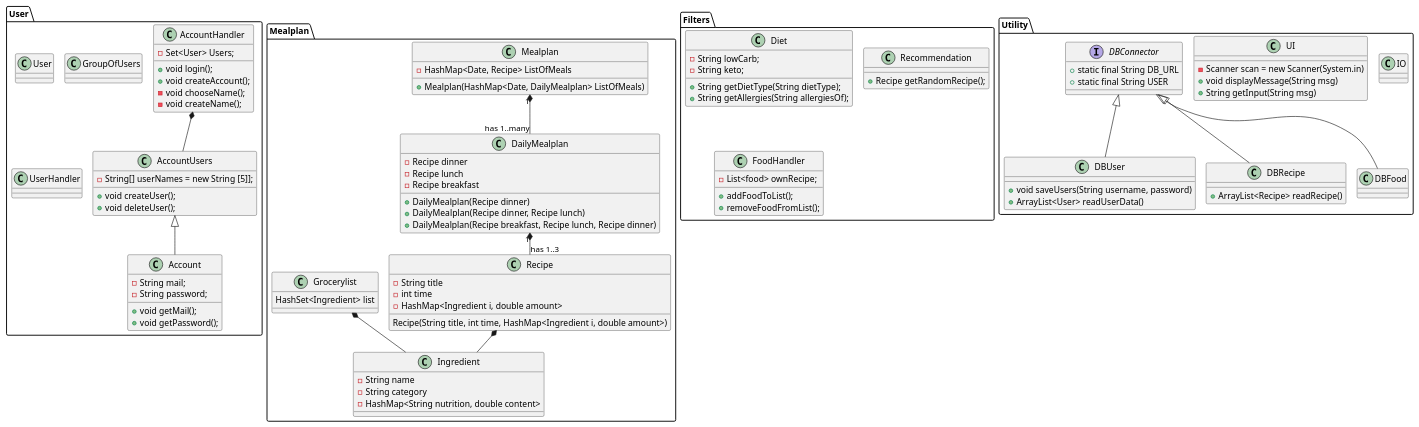
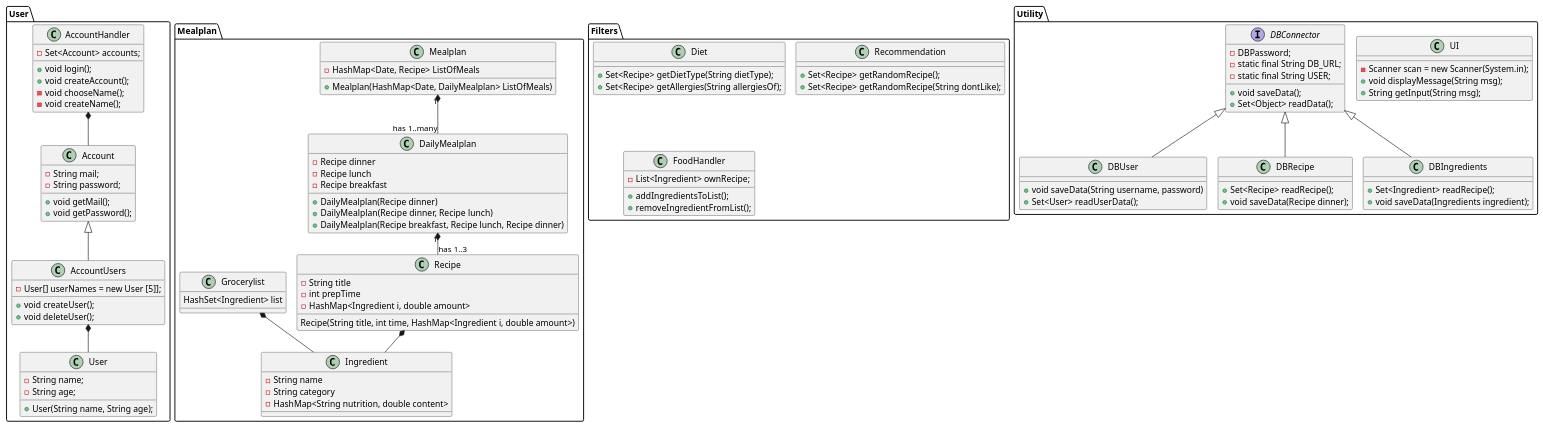
The diagram in Documents/Class Diagram.puml (lassekh/ICE), drawn with PlantUML before and after one commit.

Commit message:
Update Class Diagram.puml

```diff
--- a/Documents/Class Diagram.puml
+++ b/Documents/Class Diagram.puml
@@ -1,118 +1,135 @@
 @startuml
 'https://plantuml.com/class-diagram
 !pragma layout smetana
 
 Package User{
 class Account
 class AccountUsers
 class AccountHandler
+class User
 
 'Label on relations
-AccountUsers <|-- Account
-AccountHandler *-- AccountUsers
+Account <|-- AccountUsers
+AccountHandler *-- Account
+AccountUsers *-- User
 
 'Methods and attributes
 Account : - String mail;
 Account : - String password;
 Account : + void getMail();
 Account : + void getPassword();
 
-AccountUsers : - String[] userNames = new String [5]];
+AccountUsers : - User[] userNames = new User [5]];
 AccountUsers : + void createUser();
 AccountUsers : + void deleteUser();
 
 AccountHandler : + void login();
 AccountHandler : + void createAccount();
-AccountHandler : - Set<User> Users;
+AccountHandler : - Set<Account> accounts;
 AccountHandler : - void chooseName();
 AccountHandler : - void createName();
 
-class User
-class GroupOfUsers
-class UserHandler
+User : - String name;
+User : - String age;
+User : + User(String name, String age);
+
 }
 
 Package Mealplan{
 class Mealplan
 Mealplan : - HashMap<Date, Recipe> ListOfMeals
 Mealplan : + Mealplan(HashMap<Date, DailyMealplan> ListOfMeals)
+
 class DailyMealplan
 DailyMealplan : - Recipe dinner
 DailyMealplan : - Recipe lunch
 DailyMealplan : - Recipe breakfast
 DailyMealplan : + DailyMealplan(Recipe dinner)
 DailyMealplan : + DailyMealplan(Recipe dinner, Recipe lunch)
 DailyMealplan : + DailyMealplan(Recipe breakfast, Recipe lunch, Recipe dinner)
+
 class Recipe
 Recipe : - String title
-Recipe : - int time
+Recipe : - int prepTime
 Recipe : - HashMap<Ingredient i, double amount>
 Recipe : Recipe(String title, int time, HashMap<Ingredient i, double amount>)
+
 class Ingredient
 Ingredient : - String name
 Ingredient : - String category
 Ingredient : - HashMap<String nutrition, double content>
+
 class Grocerylist
 Grocerylist : HashSet<Ingredient> list
 
 'Label on relations
 Mealplan "1" *-- "has 1..many" DailyMealplan
 DailyMealplan "1" *-- "has 1..3" Recipe
 Recipe *-- Ingredient
 Grocerylist *-- Ingredient
 }
 
 Package Filters{
 class Diet
 'behøves felter vedr. diæt typer?
-Diet : - String lowCarb;
-Diet : - String keto;
+'Diet : - String lowCarb;
+'Diet : - String keto;
 
-Diet : + String getDietType(String dietType);
-Diet : + String getAllergies(String allergiesOf);
+Diet : + Set<Recipe> getDietType(String dietType);
+Diet : + Set<Recipe> getAllergies(String allergiesOf);
+'evt i fremtiden en liste hvor begge kriterier indgår
 
 class Recommendation
-Recommendation : + Recipe getRandomRecipe();
+Recommendation : + Set<Recipe> getRandomRecipe();
+Recommendation : + Set<Recipe> getRandomRecipe(String dontLike);
 
 class FoodHandler
-FoodHandler : - List<food> ownRecipe;
-FoodHandler : + addFoodToList();
-FoodHandler : + removeFoodFromList();
+FoodHandler : - List<Ingredient> ownRecipe;
+FoodHandler : + addIngredientsToList();
+FoodHandler : + removeIngredientFromList();
 
 }
 
 
 
 Package Utility{
-class IO
+'class IO
 class UI
 interface DBConnector
 class DBUser
 class DBRecipe
-class DBFood
+class DBIngredients
 
 
-UI : - Scanner scan = new Scanner(System.in)
-UI : + void displayMessage(String msg)
-UI : + String getInput(String msg)
+UI : - Scanner scan = new Scanner(System.in);
+UI : + void displayMessage(String msg);
+UI : + String getInput(String msg);
 
-DBConnector : + static final String DB_URL
-DBConnector : + static final String USER
-DBUser : + void saveUsers(String username, password)
-DBUser : + ArrayList<User> readUserData()
+DBConnector : - DBPassword;
+DBConnector : - static final String DB_URL;
+DBConnector : - static final String USER;
+DBConnector : + void saveData();
+DBConnector : + Set<Object> readData();
 
-DBRecipe : + ArrayList<Recipe> readRecipe()
+DBUser : + void saveData(String username, password)
+DBUser : + Set<User> readUserData();
+
+DBRecipe : + Set<Recipe> readRecipe();
+DBRecipe : + void saveData(Recipe dinner);
+
+DBIngredients : + Set<Ingredient> readRecipe();
+DBIngredients : + void saveData(Ingredients ingredient);
 
 }
 
 
 'Label on relations
 DBConnector <|-- DBUser
 DBConnector <|-- DBRecipe
-DBConnector <|-- DBFood
+DBConnector <|-- DBIngredients
 
 'User *-- Grocerylist
 'Recipe *-- Diet
 'Recipe *-- DBConnector
 'Ingredient *-- DBConnector
 @enduml
```
